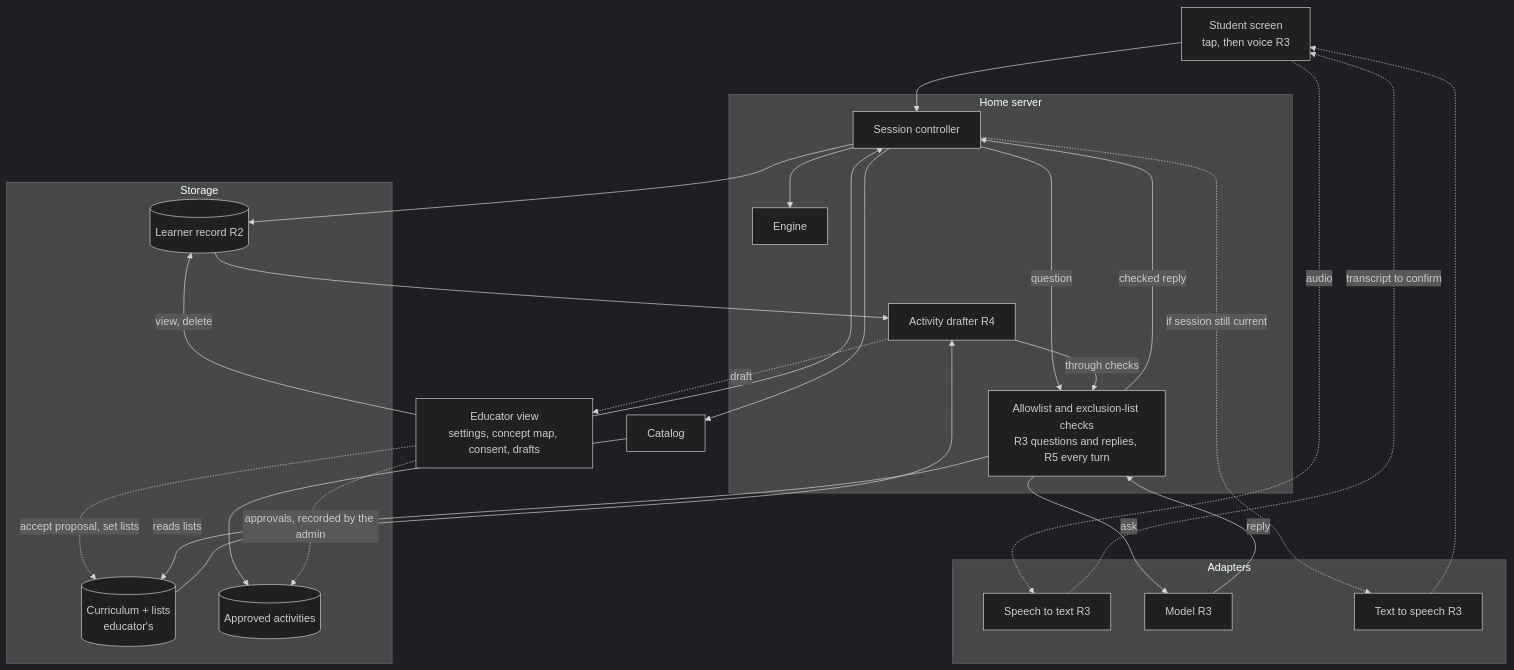
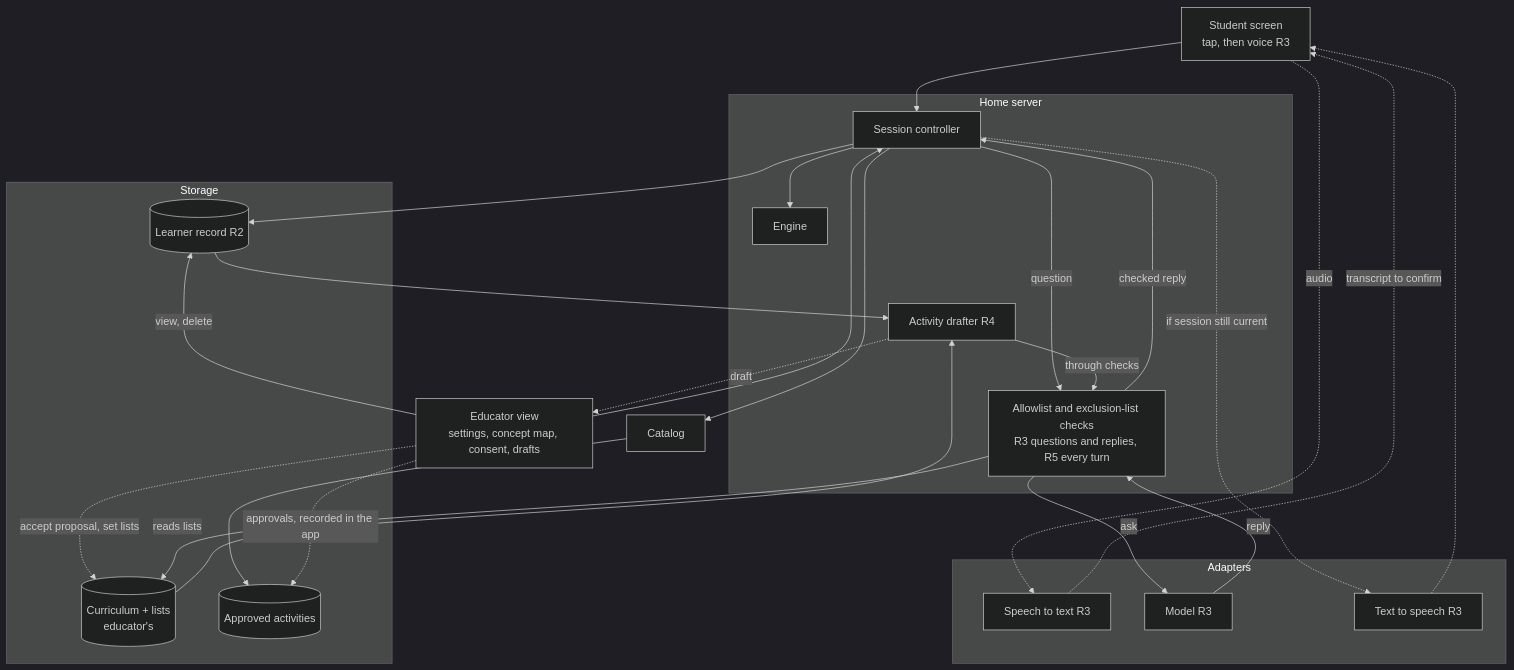
The third of 3 diagrams in docs/ARCHITECTURE.md (torenunez/lerni), drawn with Mermaid (dark theme) before and after one commit. The commit also changed other lines of this file and 12 other files, not shown here.

````diff
--- a/docs/ARCHITECTURE.md
+++ b/docs/ARCHITECTURE.md
@@ -126,45 +142,45 @@
 ```mermaid
 flowchart TB
     screen[Student screen<br/>tap, then voice R3]
     eview[Educator view<br/>settings, concept map, consent, drafts]
 
     subgraph server[Home server]
         ctrl[Session controller]
         engine[Engine]
         checks[Allowlist and exclusion-list checks<br/>R3 questions and replies, R5 every turn]
         drafter[Activity drafter R4]
     end
 
     subgraph data[Storage]
         curriculum[(Curriculum + lists<br/>educator's)]
         activities[(Approved activities)]
         record[(Learner record R2)]
     end
 
     subgraph adapters[Adapters]
         stt[Speech to text R3]
         model[Model R3]
         tts[Text to speech R3]
     end
 
     catalog[Catalog]
     screen --> ctrl
     eview --> ctrl
     ctrl --> engine
     ctrl --> catalog --> activities
     ctrl --> record
     eview -- view, delete --> record
     screen -. audio .-> stt -. transcript to confirm .-> screen
     ctrl -- question --> checks
     checks -- ask --> model
     model -- reply --> checks
     checks -- checked reply --> ctrl
     ctrl -. if session still current .-> tts -.-> screen
     record --> drafter
     curriculum --> drafter
     drafter -- through checks --> checks
     drafter -. draft .-> eview
-    eview -. approvals, recorded by the admin .-> activities
+    eview -. approvals, recorded in the app .-> activities
     eview -. accept proposal, set lists .-> curriculum
     checks -- reads lists --> curriculum
 ```
````
